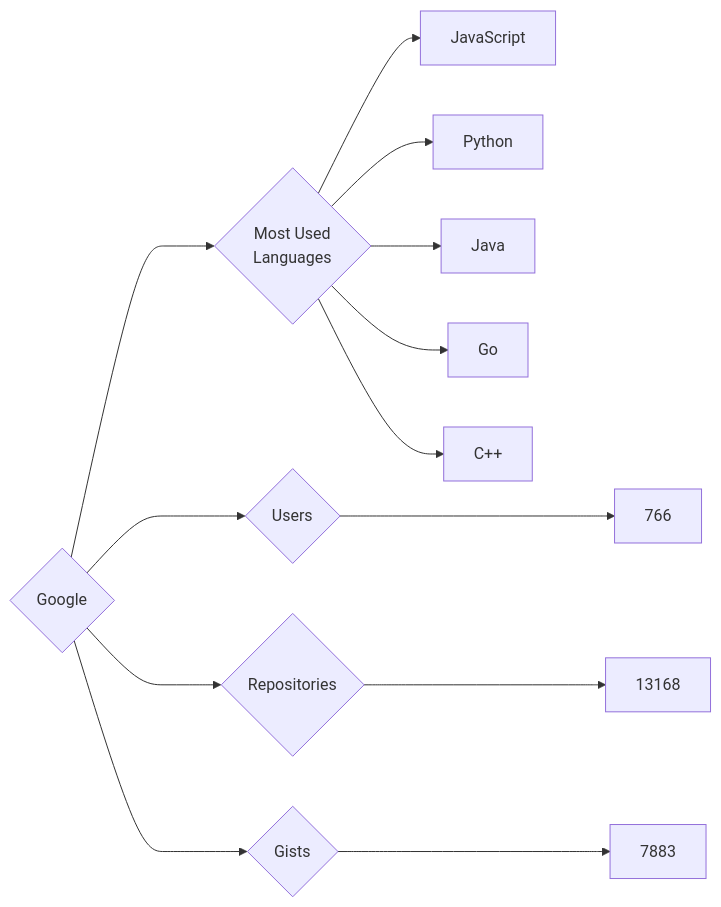
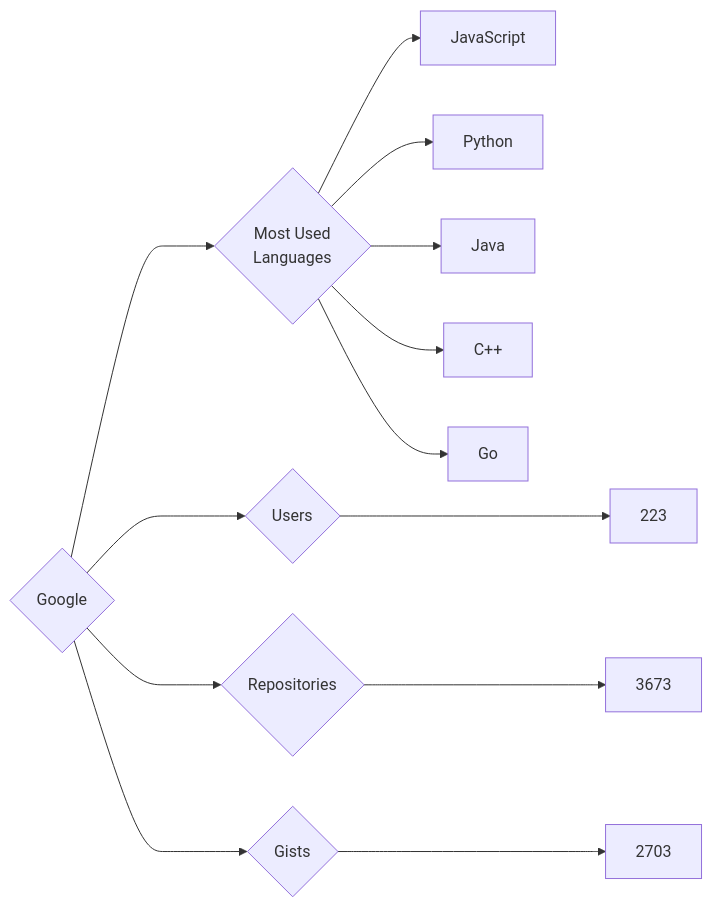
The diagram in targets/Google/README.md (trickest/insiders), drawn with Mermaid before and after one commit. The commit also changed 984 other files, not shown here.

````diff
--- a/targets/Google/README.md
+++ b/targets/Google/README.md
@@ -3,13 +3,13 @@
 ```mermaid
 graph LR
 COMPANY_NAME{Google}
-COMPANY_NAME ---> U{Users} ---> UN[766]
-COMPANY_NAME ---> R{Repositories} ---> RN[13168]
-COMPANY_NAME ---> G{Gists} ---> GN[7883]
+COMPANY_NAME ---> U{Users} ---> UN[223]
+COMPANY_NAME ---> R{Repositories} ---> RN[3673]
+COMPANY_NAME ---> G{Gists} ---> GN[2703]
 COMPANY_NAME ---> ML{Most Used<br>Languages}
 ML --> JavaScript[JavaScript]
 ML --> Python[Python]
 ML --> Java[Java]
+ML --> C++[C++]
 ML --> Go[Go]
-ML --> C++[C++]
 ```
````
